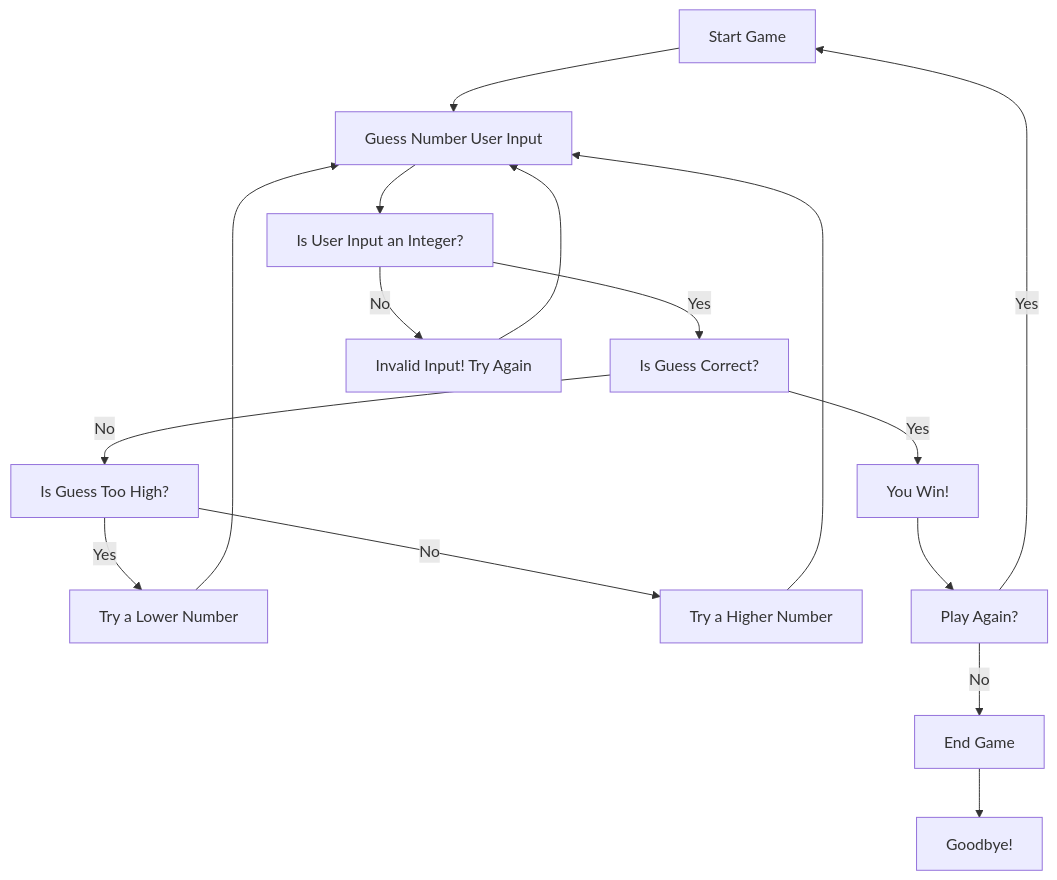
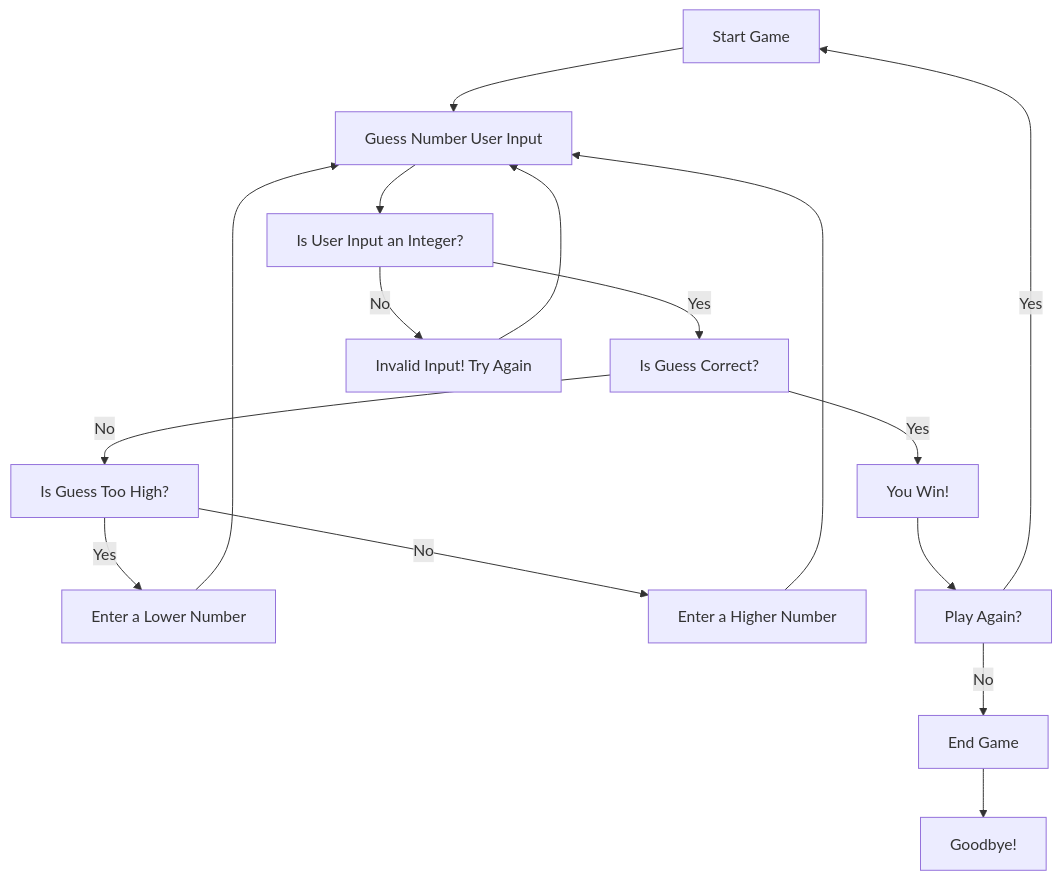
One commit to mikeyunderscore/mikeyunderscore.github.io changed the diagram in Guessing.md. Above: the diagram before and after it, drawn with Mermaid.

````diff
--- a/Guessing.md
+++ b/Guessing.md
@@ -1,18 +1,18 @@
 ```mermaid
 graph TD
     A[Start Game] --> B[Guess Number User Input]
     B --> C[Is User Input an Integer?]
     C -- Yes --> D[Is Guess Correct?]
     C -- No --> E[Invalid Input! Try Again]
     E --> B
     D -- Yes --> F[You Win!]
     D -- No --> G[Is Guess Too High?]
-    G -- Yes --> H[Try a Lower Number]
-    G -- No --> I[Try a Higher Number]
+    G -- Yes --> H[Enter a Lower Number]
+    G -- No --> I[Enter a Higher Number]
     H --> B
     I --> B
     F --> J[Play Again?]
     J -- Yes --> A
     J -- No --> K[End Game]
     K --> L[Goodbye!]
 ```
````
